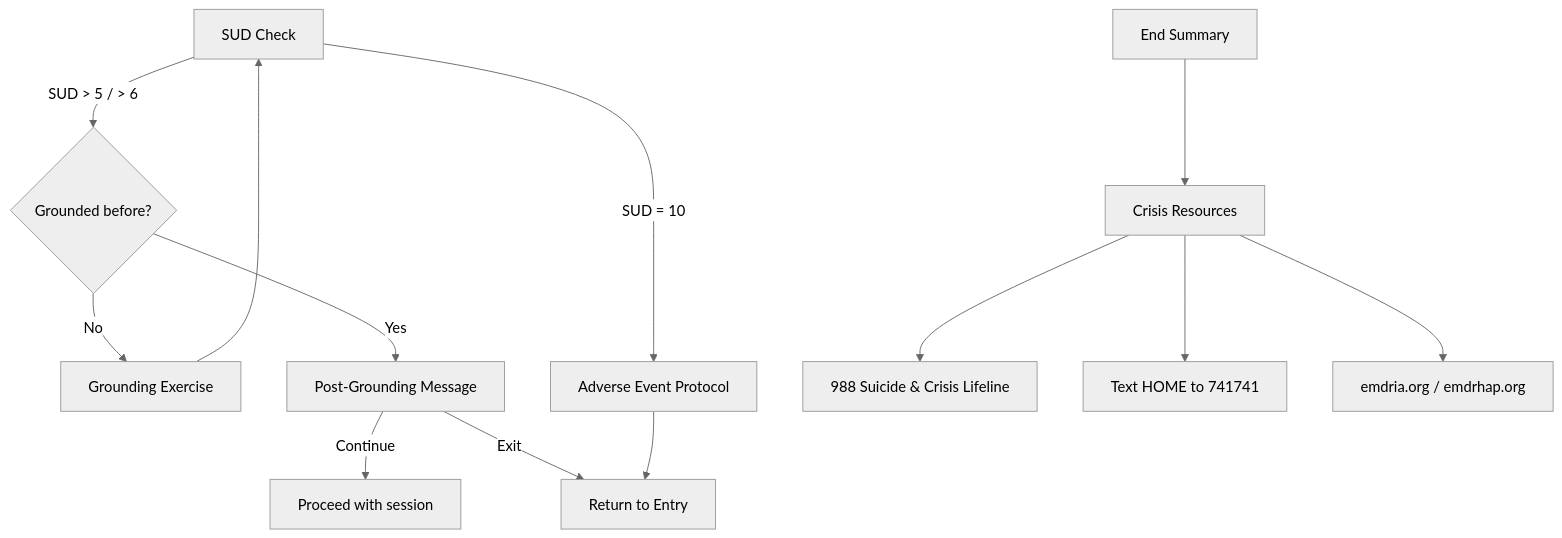
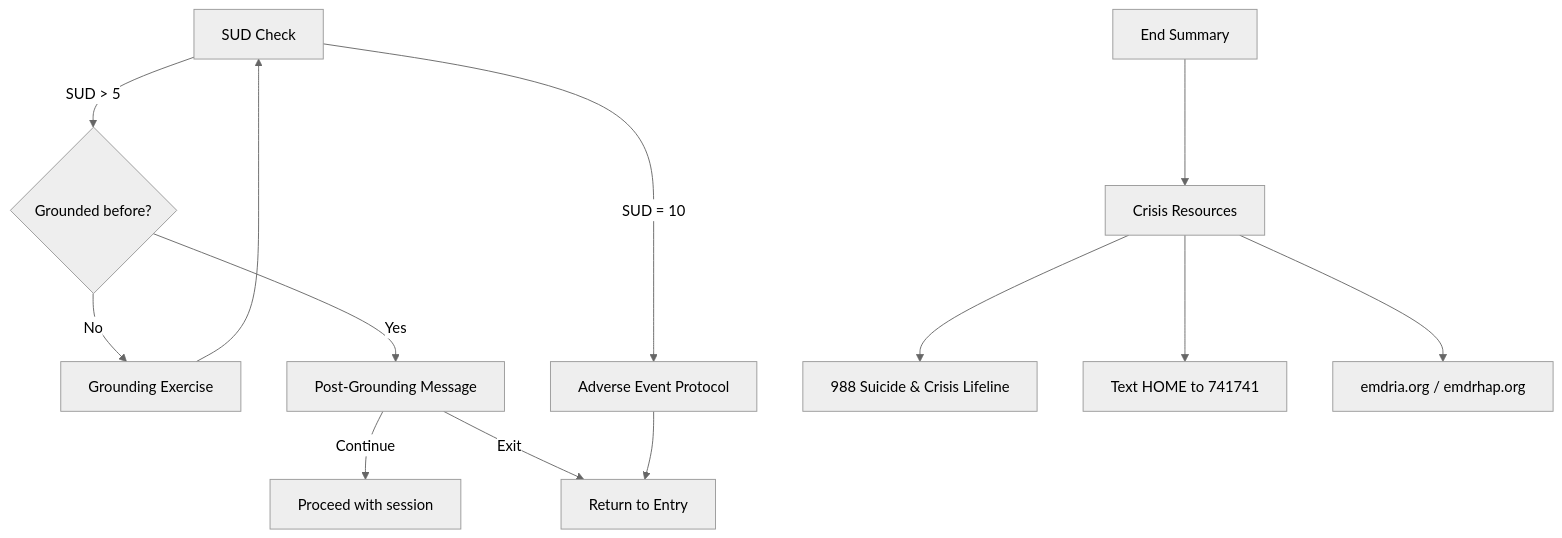
The fifth of 5 diagrams in docs/UX_FLOW.md (Airwhale/EMDR), drawn with Mermaid (neutral theme) before and after one commit. The commit also changed other lines of this file and 2 other files, not shown here.

````diff
--- a/docs/UX_FLOW.md
+++ b/docs/UX_FLOW.md
@@ -310,17 +311,17 @@
 ```mermaid
 flowchart TD
-    A[SUD Check] -->|"SUD > 5 / > 6"| B{Grounded before?}
+    A[SUD Check] -->|"SUD > 5"| B{Grounded before?}
     B -->|No| C[Grounding Exercise]
     C --> A
     B -->|Yes| D[Post-Grounding Message]
     D -->|Continue| E[Proceed with session]
     D -->|Exit| F[Return to Entry]
 
     A -->|"SUD = 10"| G[Adverse Event Protocol]
     G --> F
 
     H[End Summary] --> I[Crisis Resources]
     I --> J["988 Suicide & Crisis Lifeline"]
     I --> K["Text HOME to 741741"]
     I --> L["emdria.org / emdrhap.org"]
 ```
````
